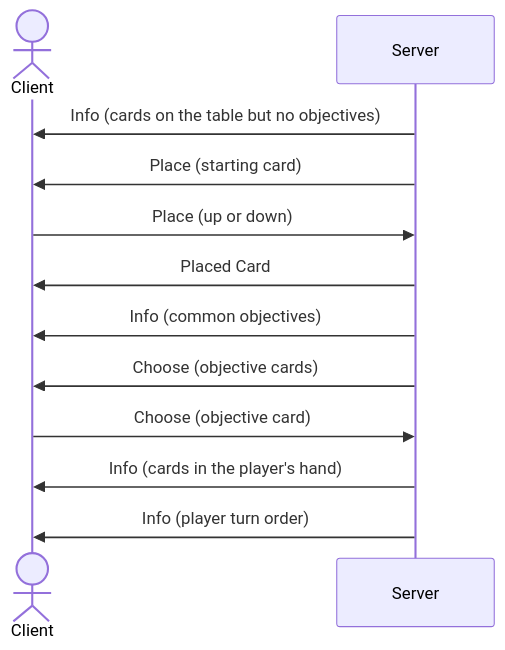
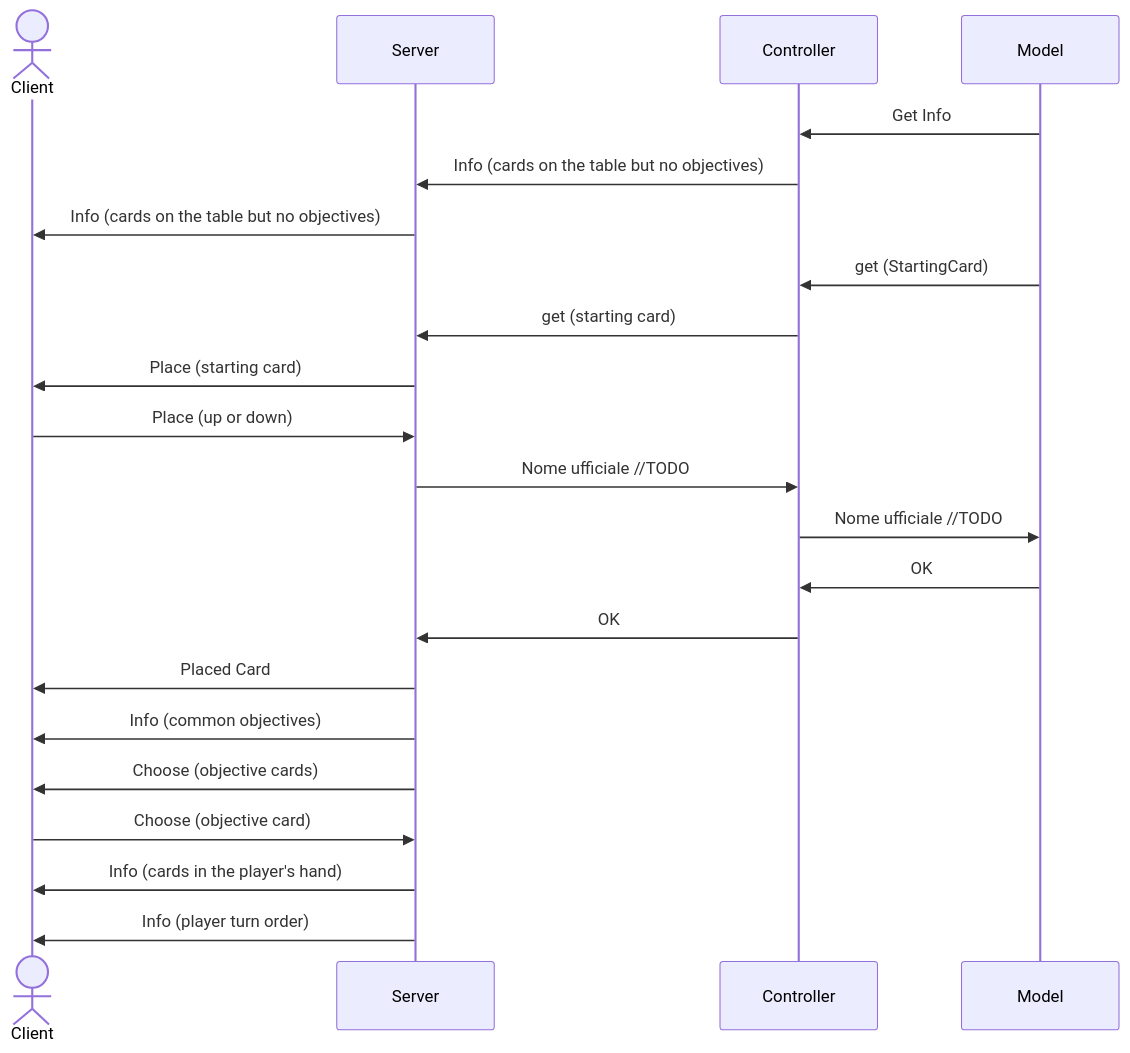
Before and after one commit to TheCaptainCraken/IS24-AM26: the second of 4 diagrams in deliverables/connection-serius.md, drawn with Mermaid. The commit also changed other lines of this file, not shown here.

Commit message:
update of uml

````diff
--- a/deliverables/connection-serius.md
+++ b/deliverables/connection-serius.md
@@ -47,13 +52,28 @@
 ```mermaid
 sequenceDiagram
     actor Client
+    participant Server
+    participant Controller
+    participant Model
+    Model ->> Controller: Get Info
+    Controller ->> Server: Info (cards on the table but no objectives)
+    
     Server ->> Client: Info (cards on the table but no objectives)
+    Model ->> Controller: get (StartingCard)
+    Controller ->> Server: get (starting card)
     Server ->> Client: Place (starting card)
+    
     Client ->> Server: Place (up or down)
+    Server ->> Controller: Nome ufficiale //TODO
+    Controller ->> Model: Nome ufficiale //TODO
+    
+    Model ->> Controller: OK
+    Controller ->> Server: OK
     Server ->> Client: Placed Card
+    
     Server ->> Client: Info (common objectives)
     Server ->> Client: Choose (objective cards)
     Client ->> Server: Choose (objective card)
     Server ->> Client: Info (cards in the player's hand)
     Server ->> Client: Info (player turn order)
 ```
````
